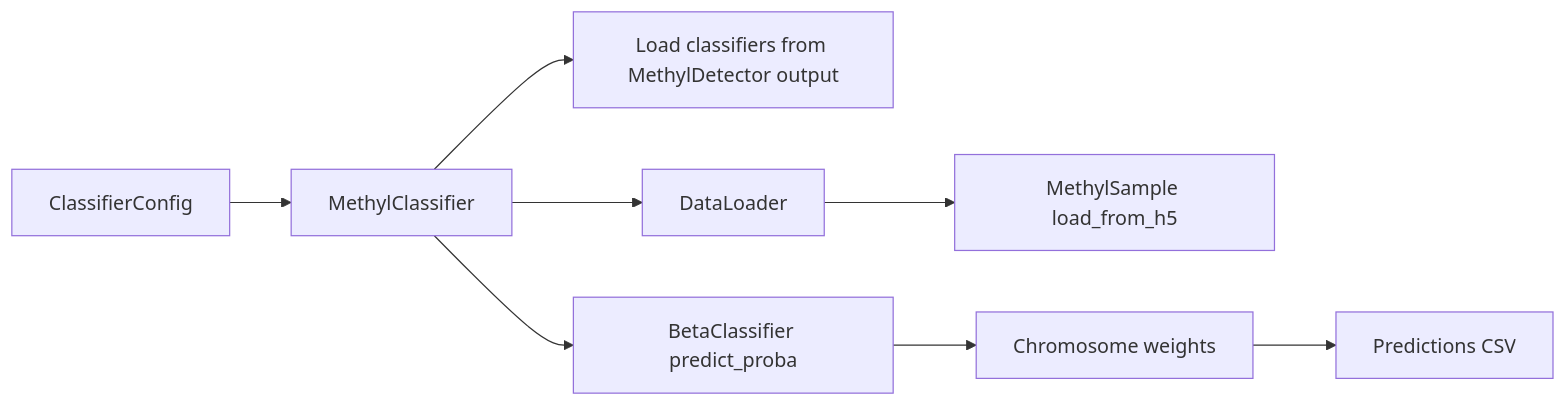
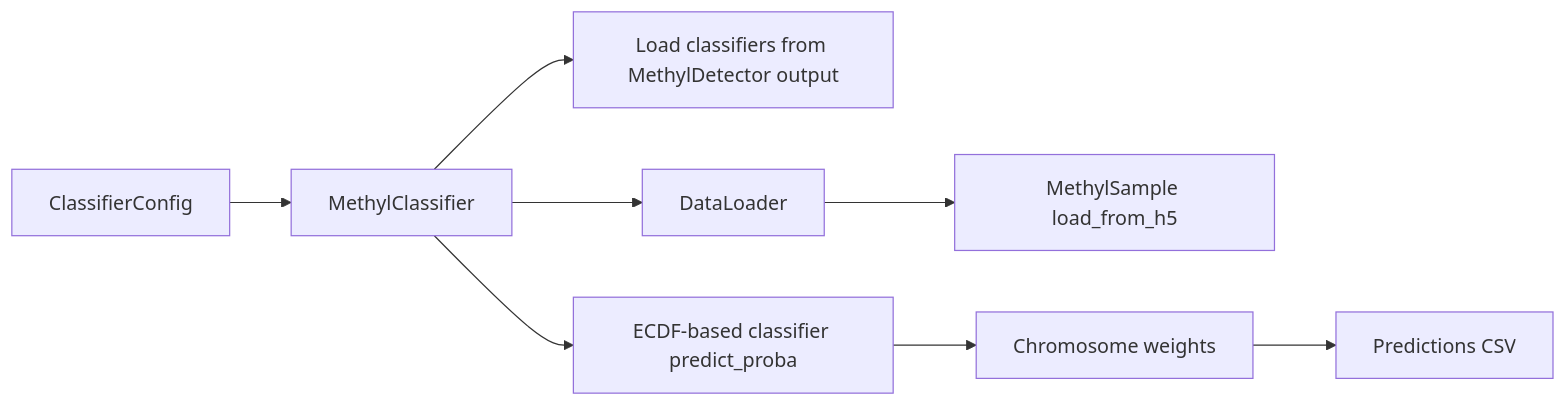
Before and after one commit to Goliath-Research/GoliathWorkflow: the diagram in packages/methylclassifier/docs/METHYLCLASSIFIER_IMPLEMENTATION.md, drawn with Mermaid. The commit also changed other lines of this file and 13 other files, not shown here.

First line of the commit message:
Update documentation and implementation to reflect exclusive use of ECDF-based likelihoods in MethylClassifier

````diff
--- a/packages/methylclassifier/docs/METHYLCLASSIFIER_IMPLEMENTATION.md
+++ b/packages/methylclassifier/docs/METHYLCLASSIFIER_IMPLEMENTATION.md
@@ -10,19 +10,19 @@
 ```mermaid
 flowchart LR
   Config[ClassifierConfig]
   MC[MethylClassifier]
   Load[Load classifiers from MethylDetector output]
   DataLoader[DataLoader]
   MethylSample[MethylSample load_from_h5]
-  BetaClassifier[BetaClassifier predict_proba]
+  ECDFClassifier[ECDF-based classifier predict_proba]
   Weights[Chromosome weights]
   Out[Predictions CSV]
 
   Config --> MC
   MC --> Load
   MC --> DataLoader
   DataLoader --> MethylSample
-  MC --> BetaClassifier
-  BetaClassifier --> Weights
+  MC --> ECDFClassifier
+  ECDFClassifier --> Weights
   Weights --> Out
 ```
````
